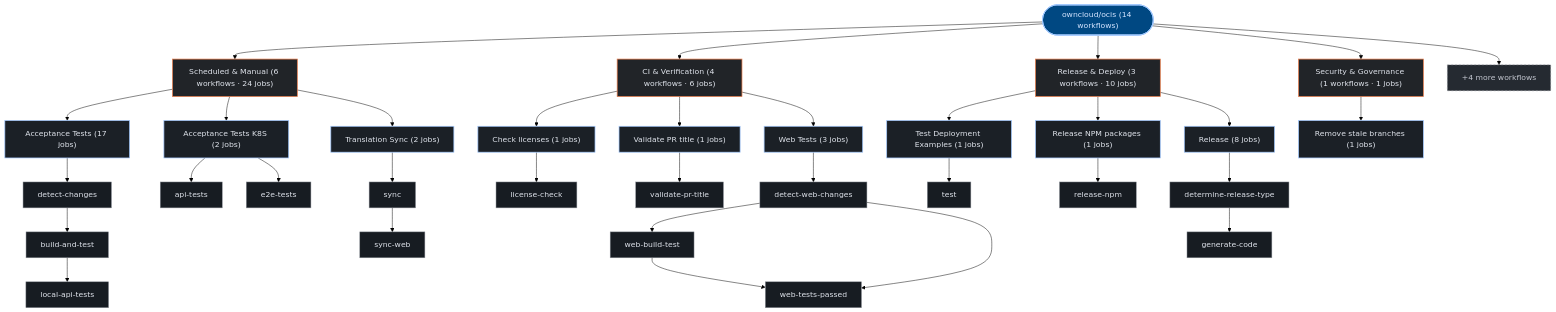
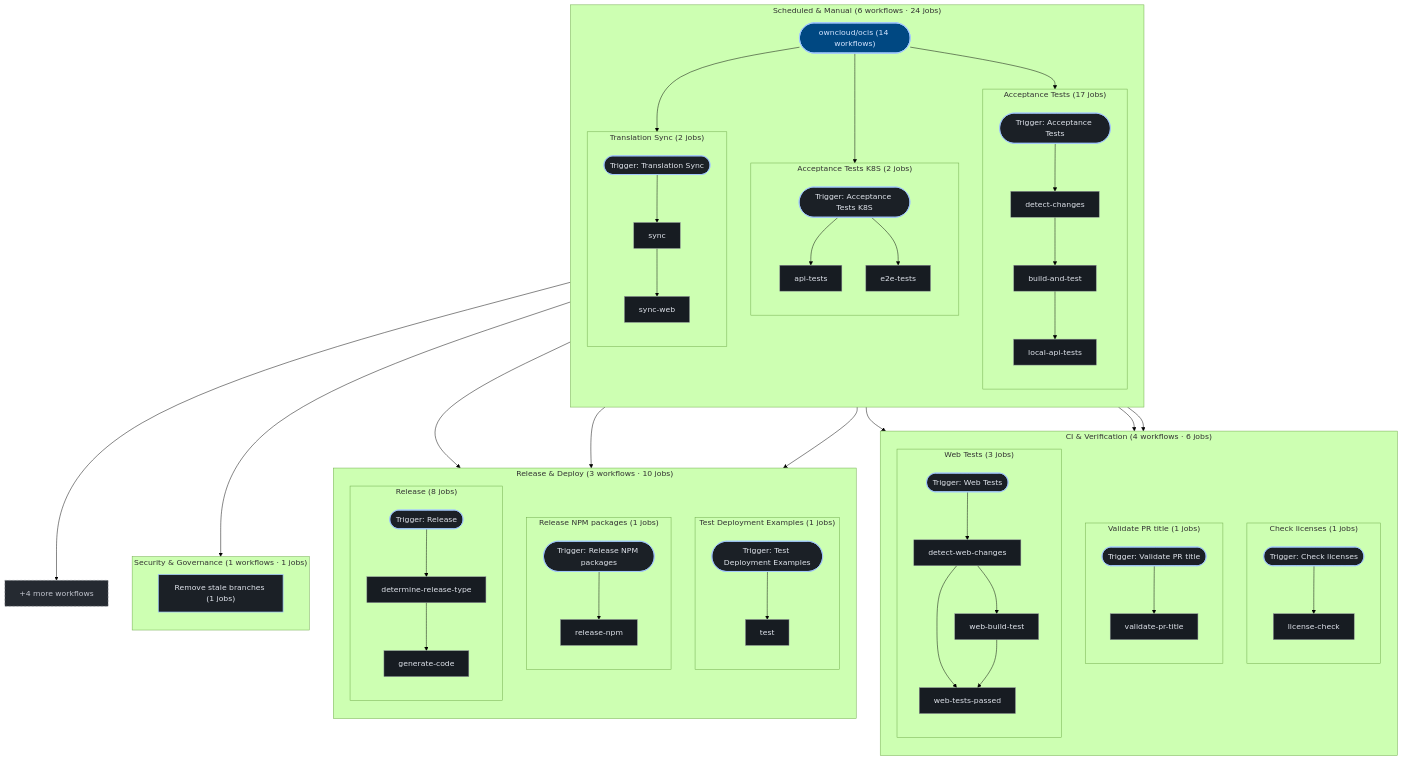
One commit to kumarshaz/atruss-code-atlas changed the third of 3 diagrams in exports/latest/reports/owncloud-ocis-report.md. Above: the diagram before and after it, drawn with Mermaid (forest theme). The commit also changed 181 other files, not shown here.

````diff
--- a/exports/latest/reports/owncloud-ocis-report.md
+++ b/exports/latest/reports/owncloud-ocis-report.md
@@ -440,67 +440,98 @@
   classDef atlasAlert fill:#93000a,stroke:#ffb4ab,stroke-width:1.5px,color:#ffdad6
   classDef atlasMore fill:#252a31,stroke:#8d9199,stroke-dasharray:4 4,color:#c3c6cf
   pipeline_root(["owncloud/ocis (14 workflows)"]):::atlasRoot
-  grp_0_Scheduled___Manual["Scheduled & Manual (6 workflows · 24 jobs)"]:::atlasCategory
-  pipeline_root --> grp_0_Scheduled___Manual
-  wf_0_Acceptance_Tests["Acceptance Tests (17 jobs)"]:::atlasWorkflow
-  grp_0_Scheduled___Manual --> wf_0_Acceptance_Tests
-  job_0_detect_changes["detect-changes"]:::atlasJob
-  job_0_build_and_test["build-and-test"]:::atlasJob
-  job_0_local_api_tests["local-api-tests"]:::atlasJob
-  wf_0_Acceptance_Tests --> job_0_detect_changes
-  job_0_detect_changes --> job_0_build_and_test
-  job_0_build_and_test --> job_0_local_api_tests
-  wf_5_Acceptance_Tests_K8S["Acceptance Tests K8S (2 jobs)"]:::atlasWorkflow
-  grp_0_Scheduled___Manual --> wf_5_Acceptance_Tests_K8S
-  job_5_api_tests["api-tests"]:::atlasJob
-  job_5_e2e_tests["e2e-tests"]:::atlasJob
-  wf_5_Acceptance_Tests_K8S --> job_5_api_tests
-  wf_5_Acceptance_Tests_K8S --> job_5_e2e_tests
-  wf_10_Translation_Sync["Translation Sync (2 jobs)"]:::atlasWorkflow
-  grp_0_Scheduled___Manual --> wf_10_Translation_Sync
-  job_10_sync["sync"]:::atlasJob
-  job_10_sync_web["sync-web"]:::atlasJob
-  wf_10_Translation_Sync --> job_10_sync
-  job_10_sync --> job_10_sync_web
-  grp_1_CI___Verification["CI & Verification (4 workflows · 6 jobs)"]:::atlasCategory
-  pipeline_root --> grp_1_CI___Verification
-  wf_1_Check_licenses["Check licenses (1 jobs)"]:::atlasWorkflow
-  grp_1_CI___Verification --> wf_1_Check_licenses
-  job_1_license_check["license-check"]:::atlasJob
-  wf_1_Check_licenses --> job_1_license_check
-  wf_6_Validate_PR_title["Validate PR title (1 jobs)"]:::atlasWorkflow
-  grp_1_CI___Verification --> wf_6_Validate_PR_title
-  job_6_validate_pr_title["validate-pr-title"]:::atlasJob
-  wf_6_Validate_PR_title --> job_6_validate_pr_title
-  wf_11_Web_Tests["Web Tests (3 jobs)"]:::atlasWorkflow
-  grp_1_CI___Verification --> wf_11_Web_Tests
-  job_11_detect_web_changes["detect-web-changes"]:::atlasJob
-  job_11_web_build_test["web-build-test"]:::atlasJob
-  job_11_web_tests_passed["web-tests-passed"]:::atlasJob
-  wf_11_Web_Tests --> job_11_detect_web_changes
-  job_11_detect_web_changes --> job_11_web_build_test
-  job_11_detect_web_changes --> job_11_web_tests_passed
-  job_11_web_build_test --> job_11_web_tests_passed
-  grp_2_Release___Deploy["Release & Deploy (3 workflows · 10 jobs)"]:::atlasCategory
-  pipeline_root --> grp_2_Release___Deploy
-  wf_3_Test_Deployment_Examples["Test Deployment Examples (1 jobs)"]:::atlasWorkflow
-  grp_2_Release___Deploy --> wf_3_Test_Deployment_Examples
-  job_3_test["test"]:::atlasJob
-  wf_3_Test_Deployment_Examples --> job_3_test
-  wf_7_Release_NPM_packages["Release NPM packages (1 jobs)"]:::atlasWorkflow
-  grp_2_Release___Deploy --> wf_7_Release_NPM_packages
-  job_7_release_npm["release-npm"]:::atlasJob
-  wf_7_Release_NPM_packages --> job_7_release_npm
-  wf_8_Release["Release (8 jobs)"]:::atlasWorkflow
-  grp_2_Release___Deploy --> wf_8_Release
-  job_8_determine_release_type["determine-release-type"]:::atlasJob
-  job_8_generate_code["generate-code"]:::atlasJob
-  wf_8_Release --> job_8_determine_release_type
-  job_8_determine_release_type --> job_8_generate_code
-  grp_3_Security___Governance["Security & Governance (1 workflows · 1 jobs)"]:::atlasCategory
-  pipeline_root --> grp_3_Security___Governance
-  wf_9_Remove_stale_branches["Remove stale branches (1 jobs)"]:::atlasWorkflow
-  grp_3_Security___Governance --> wf_9_Remove_stale_branches
+  subgraph sg_grp_0_Scheduled___Manual["Scheduled & Manual (6 workflows · 24 jobs)"]
+    direction TB
+    subgraph sg_wf_0_Acceptance_Tests["Acceptance Tests (17 jobs)"]
+      direction TB
+      wf_0_Acceptance_Tests(["Trigger: Acceptance Tests"]):::atlasWorkflow
+      job_0_detect_changes["detect-changes"]:::atlasJob
+      job_0_build_and_test["build-and-test"]:::atlasJob
+      job_0_local_api_tests["local-api-tests"]:::atlasJob
+      wf_0_Acceptance_Tests --> job_0_detect_changes
+      job_0_detect_changes --> job_0_build_and_test
+      job_0_build_and_test --> job_0_local_api_tests
+    end
+    pipeline_root --> wf_0_Acceptance_Tests
+    subgraph sg_wf_5_Acceptance_Tests_K8S["Acceptance Tests K8S (2 jobs)"]
+      direction TB
+      wf_5_Acceptance_Tests_K8S(["Trigger: Acceptance Tests K8S"]):::atlasWorkflow
+      job_5_api_tests["api-tests"]:::atlasJob
+      job_5_e2e_tests["e2e-tests"]:::atlasJob
+      wf_5_Acceptance_Tests_K8S --> job_5_api_tests
+      wf_5_Acceptance_Tests_K8S --> job_5_e2e_tests
+    end
+    pipeline_root --> wf_5_Acceptance_Tests_K8S
+    subgraph sg_wf_10_Translation_Sync["Translation Sync (2 jobs)"]
+      direction TB
+      wf_10_Translation_Sync(["Trigger: Translation Sync"]):::atlasWorkflow
+      job_10_sync["sync"]:::atlasJob
+      job_10_sync_web["sync-web"]:::atlasJob
+      wf_10_Translation_Sync --> job_10_sync
+      job_10_sync --> job_10_sync_web
+    end
+    pipeline_root --> wf_10_Translation_Sync
+  end
+  subgraph sg_grp_1_CI___Verification["CI & Verification (4 workflows · 6 jobs)"]
+    direction TB
+    subgraph sg_wf_1_Check_licenses["Check licenses (1 jobs)"]
+      direction TB
+      wf_1_Check_licenses(["Trigger: Check licenses"]):::atlasWorkflow
+      job_1_license_check["license-check"]:::atlasJob
+      wf_1_Check_licenses --> job_1_license_check
+    end
+    pipeline_root --> wf_1_Check_licenses
+    subgraph sg_wf_6_Validate_PR_title["Validate PR title (1 jobs)"]
+      direction TB
+      wf_6_Validate_PR_title(["Trigger: Validate PR title"]):::atlasWorkflow
+      job_6_validate_pr_title["validate-pr-title"]:::atlasJob
+      wf_6_Validate_PR_title --> job_6_validate_pr_title
+    end
+    pipeline_root --> wf_6_Validate_PR_title
+    subgraph sg_wf_11_Web_Tests["Web Tests (3 jobs)"]
+      direction TB
+      wf_11_Web_Tests(["Trigger: Web Tests"]):::atlasWorkflow
+      job_11_detect_web_changes["detect-web-changes"]:::atlasJob
+      job_11_web_build_test["web-build-test"]:::atlasJob
+      job_11_web_tests_passed["web-tests-passed"]:::atlasJob
+      wf_11_Web_Tests --> job_11_detect_web_changes
+      job_11_detect_web_changes --> job_11_web_build_test
+      job_11_detect_web_changes --> job_11_web_tests_passed
+      job_11_web_build_test --> job_11_web_tests_passed
+    end
+    pipeline_root --> wf_11_Web_Tests
+  end
+  subgraph sg_grp_2_Release___Deploy["Release & Deploy (3 workflows · 10 jobs)"]
+    direction TB
+    subgraph sg_wf_3_Test_Deployment_Examples["Test Deployment Examples (1 jobs)"]
+      direction TB
+      wf_3_Test_Deployment_Examples(["Trigger: Test Deployment Examples"]):::atlasWorkflow
+      job_3_test["test"]:::atlasJob
+      wf_3_Test_Deployment_Examples --> job_3_test
+    end
+    pipeline_root --> wf_3_Test_Deployment_Examples
+    subgraph sg_wf_7_Release_NPM_packages["Release NPM packages (1 jobs)"]
+      direction TB
+      wf_7_Release_NPM_packages(["Trigger: Release NPM packages"]):::atlasWorkflow
+      job_7_release_npm["release-npm"]:::atlasJob
+      wf_7_Release_NPM_packages --> job_7_release_npm
+    end
+    pipeline_root --> wf_7_Release_NPM_packages
+    subgraph sg_wf_8_Release["Release (8 jobs)"]
+      direction TB
+      wf_8_Release(["Trigger: Release"]):::atlasWorkflow
+      job_8_determine_release_type["determine-release-type"]:::atlasJob
+      job_8_generate_code["generate-code"]:::atlasJob
+      wf_8_Release --> job_8_determine_release_type
+      job_8_determine_release_type --> job_8_generate_code
+    end
+    pipeline_root --> wf_8_Release
+  end
+  subgraph sg_grp_3_Security___Governance["Security & Governance (1 workflows · 1 jobs)"]
+    direction TB
+    wf_9_Remove_stale_branches["Remove stale branches (1 jobs)"]:::atlasWorkflow
+    pipeline_root --> wf_9_Remove_stale_branches
+  end
   wf_more["+4 more workflows"]:::atlasMore
   pipeline_root --> wf_more
 ```
````
